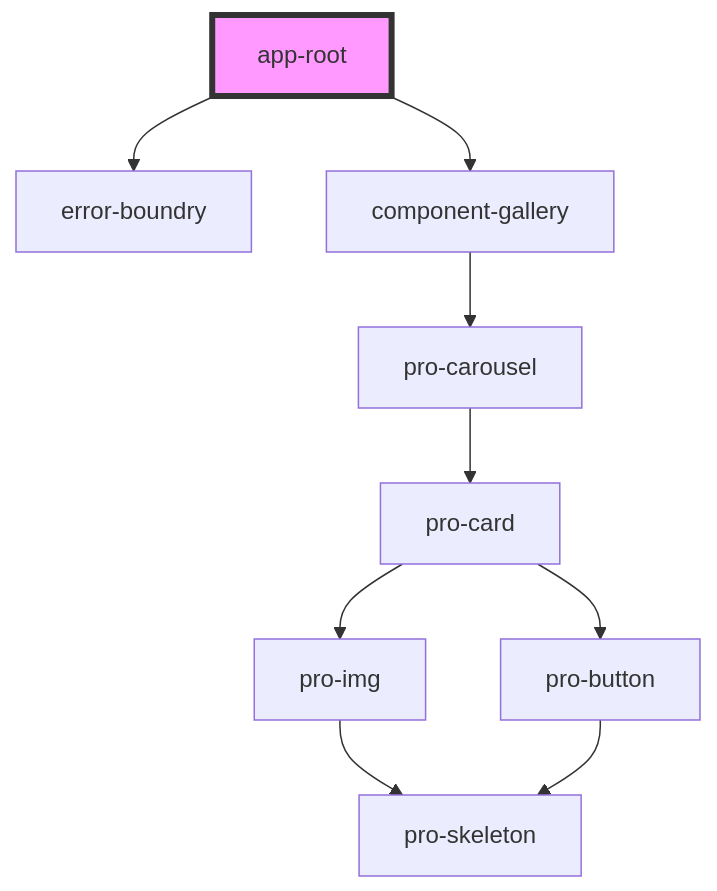
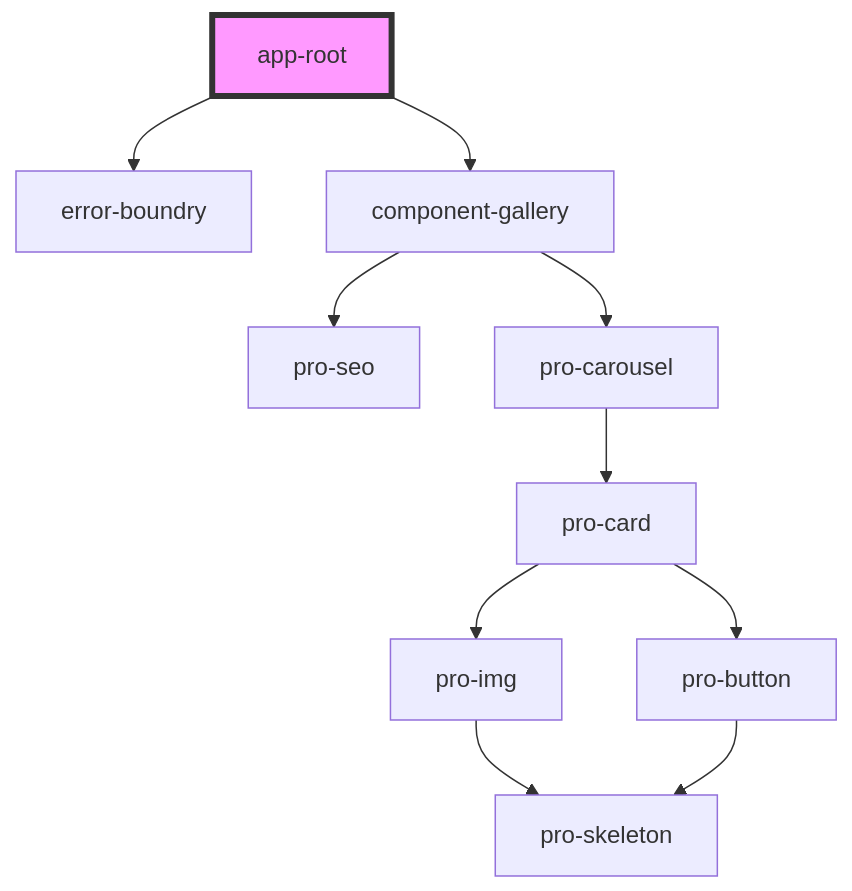
Before and after one commit to aab1dh/pro: the diagram in src/readme.md, drawn with Mermaid. The commit also changed 13 other files, not shown here.

````diff
--- a/src/readme.md
+++ b/src/readme.md
@@ -16,12 +16,13 @@
 ```mermaid
 graph TD;
   app-root --> error-boundry
   app-root --> component-gallery
+  component-gallery --> pro-seo
   component-gallery --> pro-carousel
   pro-carousel --> pro-card
   pro-card --> pro-img
   pro-card --> pro-button
   pro-img --> pro-skeleton
   pro-button --> pro-skeleton
   style app-root fill:#f9f,stroke:#333,stroke-width:4px
 ```
````
